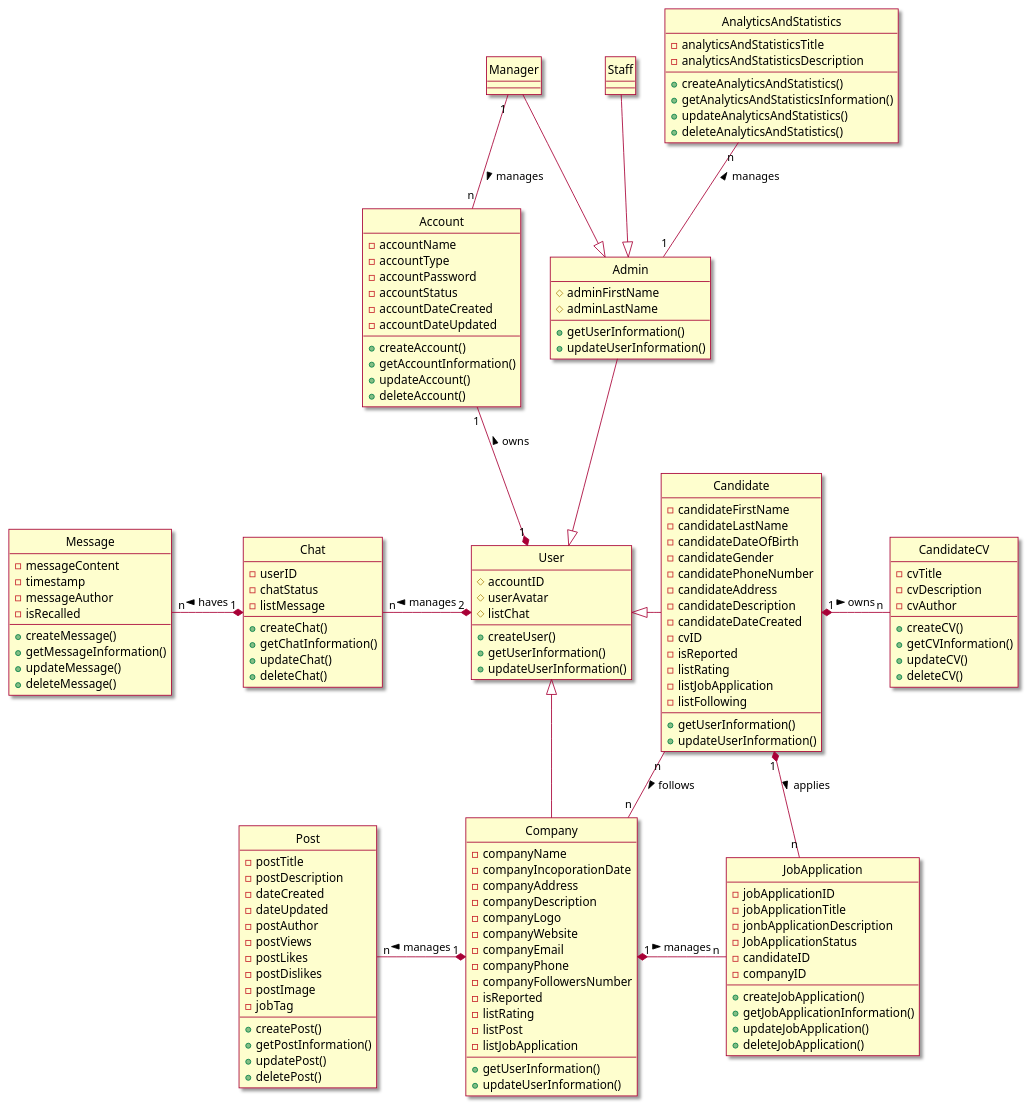
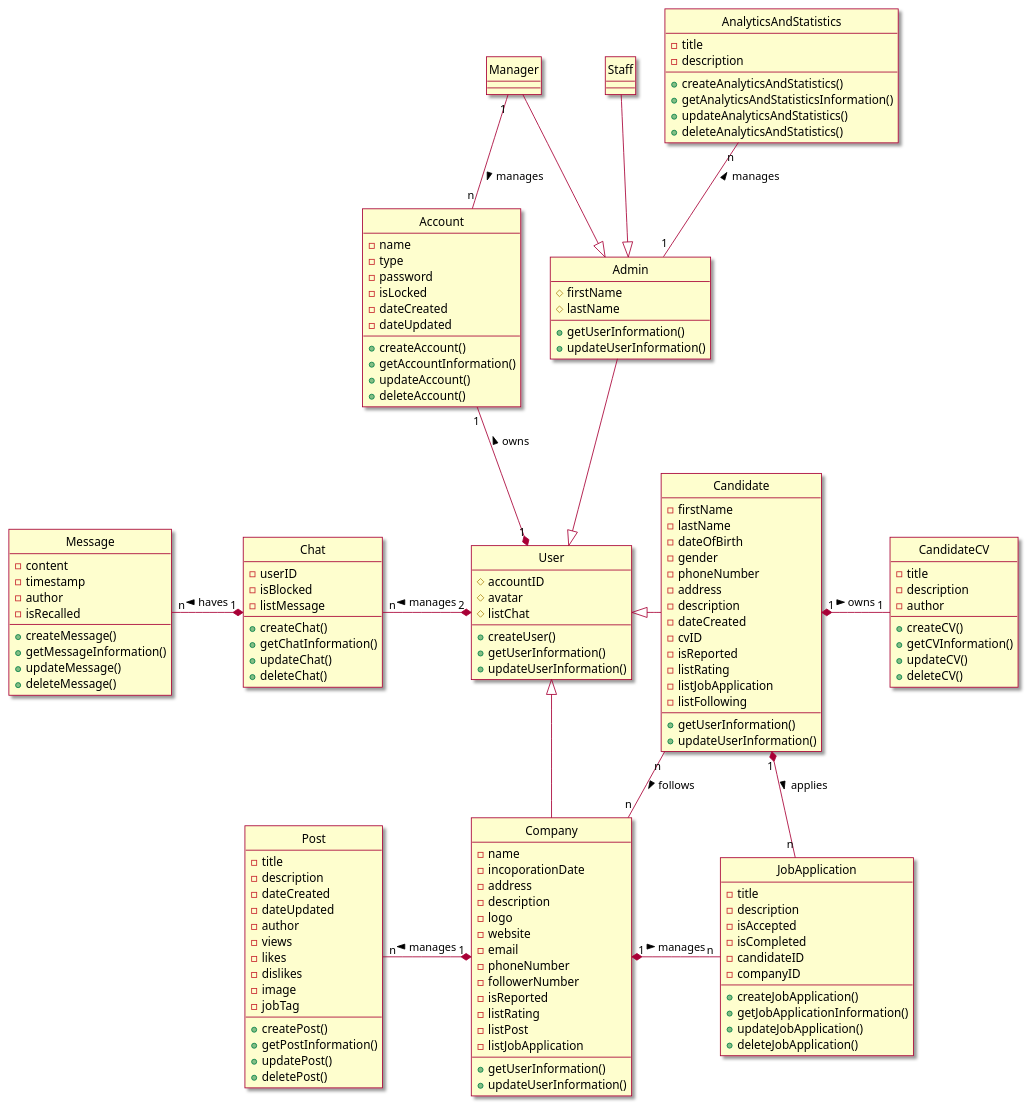
Before and after one commit to Griselda4774/EAS-EmploymentAssistanceSystem: the diagram in Lab1/Lab 1.2 Diagram/Class/FileUML/ClassDiagram.puml, drawn with PlantUML. The commit also changed 1 other file, not shown here.

Commit message:
update class diagram

```diff
--- a/Lab1/Lab 1.2 Diagram/Class/FileUML/ClassDiagram.puml
+++ b/Lab1/Lab 1.2 Diagram/Class/FileUML/ClassDiagram.puml
@@ -1,165 +1,165 @@
 @startuml ClassDiagram
 
 hide circle
 skin rose
 
 class Account {
-    -accountName
-    -accountType
-    -accountPassword
-    -accountStatus
-    -accountDateCreated
-    -accountDateUpdated
+    -name
+    -type
+    -password
+    -isLocked
+    -dateCreated
+    -dateUpdated
     +createAccount()
     +getAccountInformation()
     +updateAccount()
     +deleteAccount()
 }
 
 class User {
     #accountID
-    #userAvatar
+    #avatar
     #listChat
     +createUser()
     +getUserInformation()
     +updateUserInformation()
 }
 
 class Admin {
-    #adminFirstName
-    #adminLastName
+    #firstName
+    #lastName
     +getUserInformation()
     +updateUserInformation()
 }
 
 class Candidate {
-    -candidateFirstName
-    -candidateLastName
-    -candidateDateOfBirth
-    -candidateGender
-    -candidatePhoneNumber
-    -candidateAddress
-    -candidateDescription
-    -candidateDateCreated
+    -firstName
+    -lastName
+    -dateOfBirth
+    -gender
+    -phoneNumber
+    -address
+    -description
+    -dateCreated
     -cvID
     -isReported
     -listRating
     -listJobApplication
     -listFollowing
     +getUserInformation()
     +updateUserInformation()
 }
 
 class Company {
-    -companyName
-    -companyIncoporationDate
-    -companyAddress
-    -companyDescription
-    -companyLogo
-    -companyWebsite
-    -companyEmail
-    -companyPhone
-    -companyFollowersNumber
+    -name
+    -incoporationDate
+    -address
+    -description
+    -logo
+    -website
+    -email
+    -phoneNumber
+    -followerNumber
     -isReported
     -listRating
     -listPost
     -listJobApplication
     +getUserInformation()
     +updateUserInformation()
 }
 
 class Staff {
 
 }
 
 class Manager {
 
 }
 
 class Post {
-    -postTitle
-    -postDescription
+    -title
+    -description
     -dateCreated
     -dateUpdated
-    -postAuthor
-    -postViews
-    -postLikes
-    -postDislikes
-    -postImage
+    -author
+    -views
+    -likes
+    -dislikes
+    -image
     -jobTag
     +createPost()
     +getPostInformation()
     +updatePost()
     +deletePost()
 }
 
 class CandidateCV {
-    -cvTitle
-    -cvDescription
-    -cvAuthor
+    -title
+    -description
+    -author
     +createCV()
     +getCVInformation()
     +updateCV()
     +deleteCV()
 }
 
 class JobApplication {
-    -jobApplicationID
-    -jobApplicationTitle
-    -jonbApplicationDescription
-    -JobApplicationStatus
+    -title
+    -description
+    -isAccepted
+    -isCompleted
     -candidateID
     -companyID
     +createJobApplication()
     +getJobApplicationInformation()
     +updateJobApplication()
     +deleteJobApplication()
 }
 
 class Chat {
     -userID
-    -chatStatus
+    -isBlocked
     -listMessage
     +createChat()
     +getChatInformation()
     +updateChat()
     +deleteChat()
 }
 
 class Message {
-    -messageContent
+    -content
     -timestamp
-    -messageAuthor
+    -author
     -isRecalled
     +createMessage()
     +getMessageInformation()
     +updateMessage()
     +deleteMessage()
 }
 
 class AnalyticsAndStatistics {
-    -analyticsAndStatisticsTitle
-    -analyticsAndStatisticsDescription
+    -title
+    -description
     +createAnalyticsAndStatistics()
     +getAnalyticsAndStatisticsInformation()
     +updateAnalyticsAndStatistics()
     +deleteAnalyticsAndStatistics()
 }
 
 Account "1" --* "1" User: owns <
 Admin --|> User
 User <|-right- Candidate
 User <|-- Company
 Staff --|> Admin
 Manager --|> Admin
 AnalyticsAndStatistics "n" -- "1" Admin: manages <
 Manager "1" -- "n" Account: manages >
 Post "n" -right-* "1" Company: manages <
 Chat "n" -right-* "2" User: manages <
 Message "n" -right-* "1" Chat: haves <
-CandidateCV "n" -left-* "1" Candidate: owns <
+CandidateCV "1" -left-* "1" Candidate: owns <
 JobApplication "n" -left-* "1" Company: manages <
 Candidate "n" -- "n" Company: follows >
 Candidate "1" *-- "n" JobApplication: applies >
 
 @enduml
```
